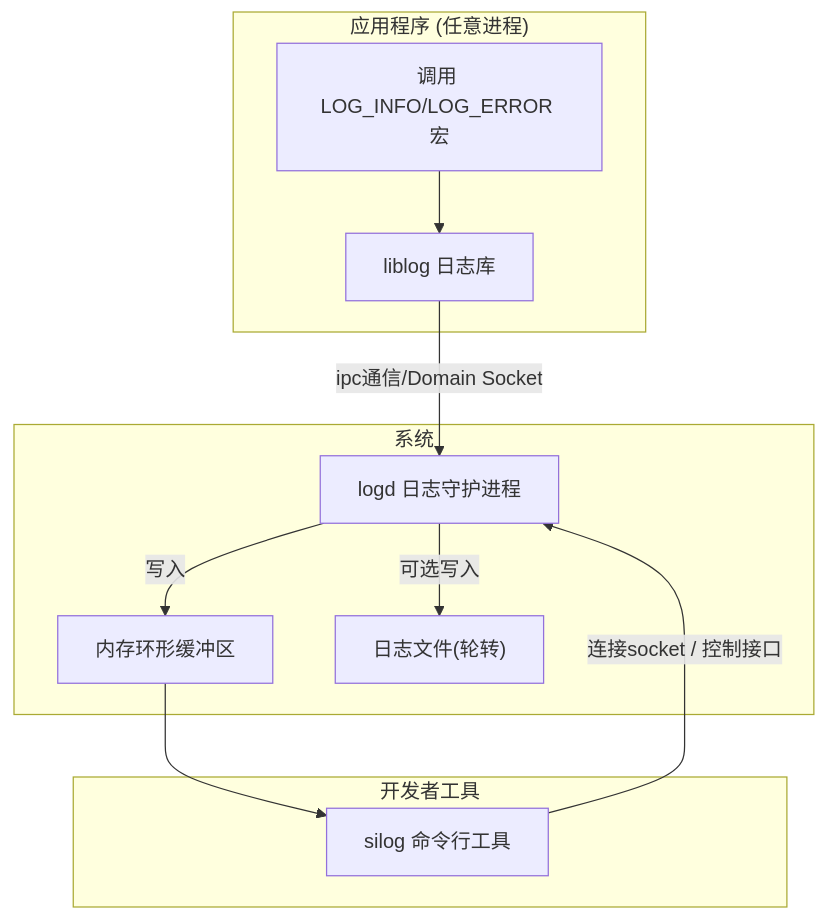
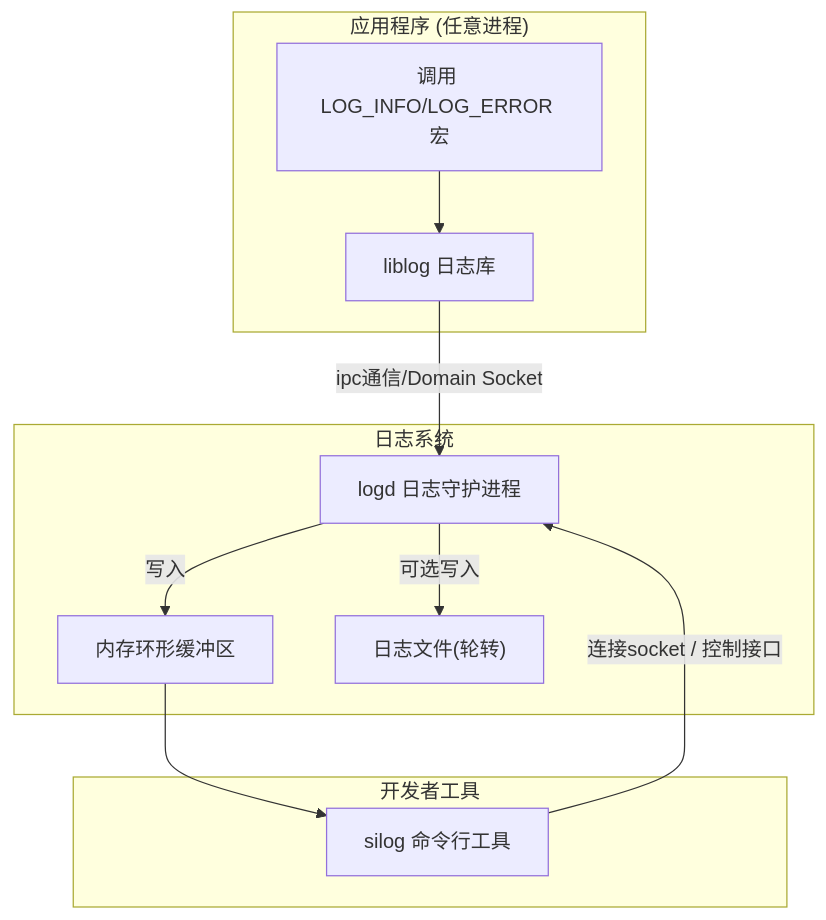
The first of 3 diagrams in README.md (CHEMYSTERY1998/SiLog), drawn with Mermaid before and after one commit. The commit also changed other lines of this file and 12 other files, not shown here.

````diff
--- a/README.md
+++ b/README.md
@@ -6,21 +7,21 @@
 ```mermaid
 flowchart TB
     subgraph APP["应用程序 (任意进程)"]
         LOG_API["调用 LOG_INFO/LOG_ERROR 宏"]
         LIBLOG["liblog 日志库"]
         LOG_API --> LIBLOG
     end
 
-    subgraph SYSTEM["系统"]
+    subgraph SYSTEM["日志系统"]
         LIBLOG -- ipc通信/Domain Socket --> LOGD["logd 日志守护进程"]
         LOGD -->|写入| RINGBUF["内存环形缓冲区"]
         LOGD -->|可选写入| FILES["日志文件(轮转)"]
     end
 
     subgraph TOOLS["开发者工具"]
         SILOG["silog 命令行工具"]
         SILOG -- 连接socket / 控制接口 --> LOGD
     end
 
     RINGBUF --> SILOG
 ```
````
